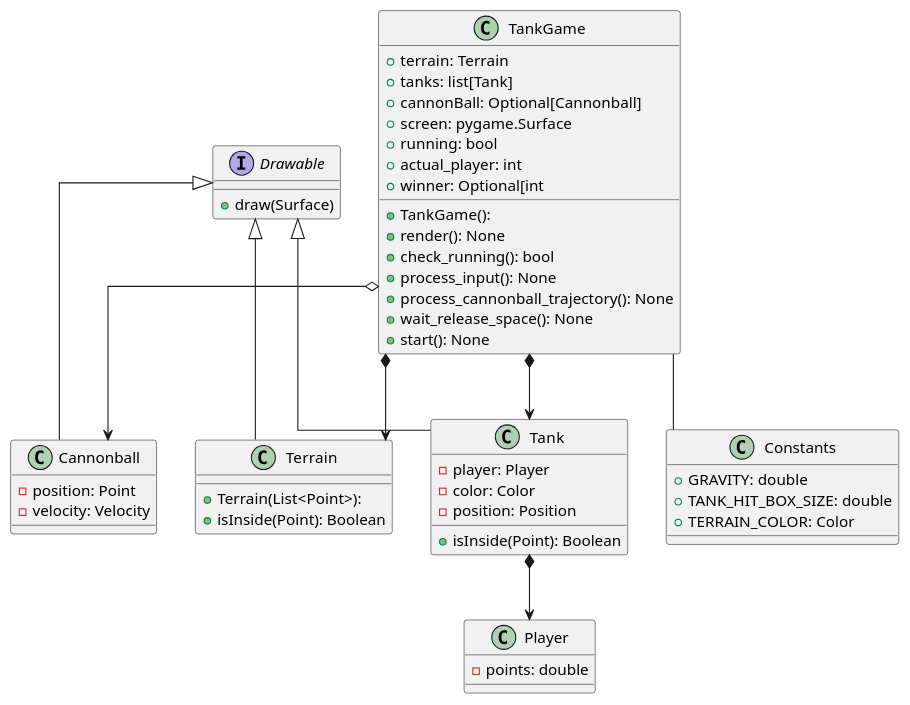
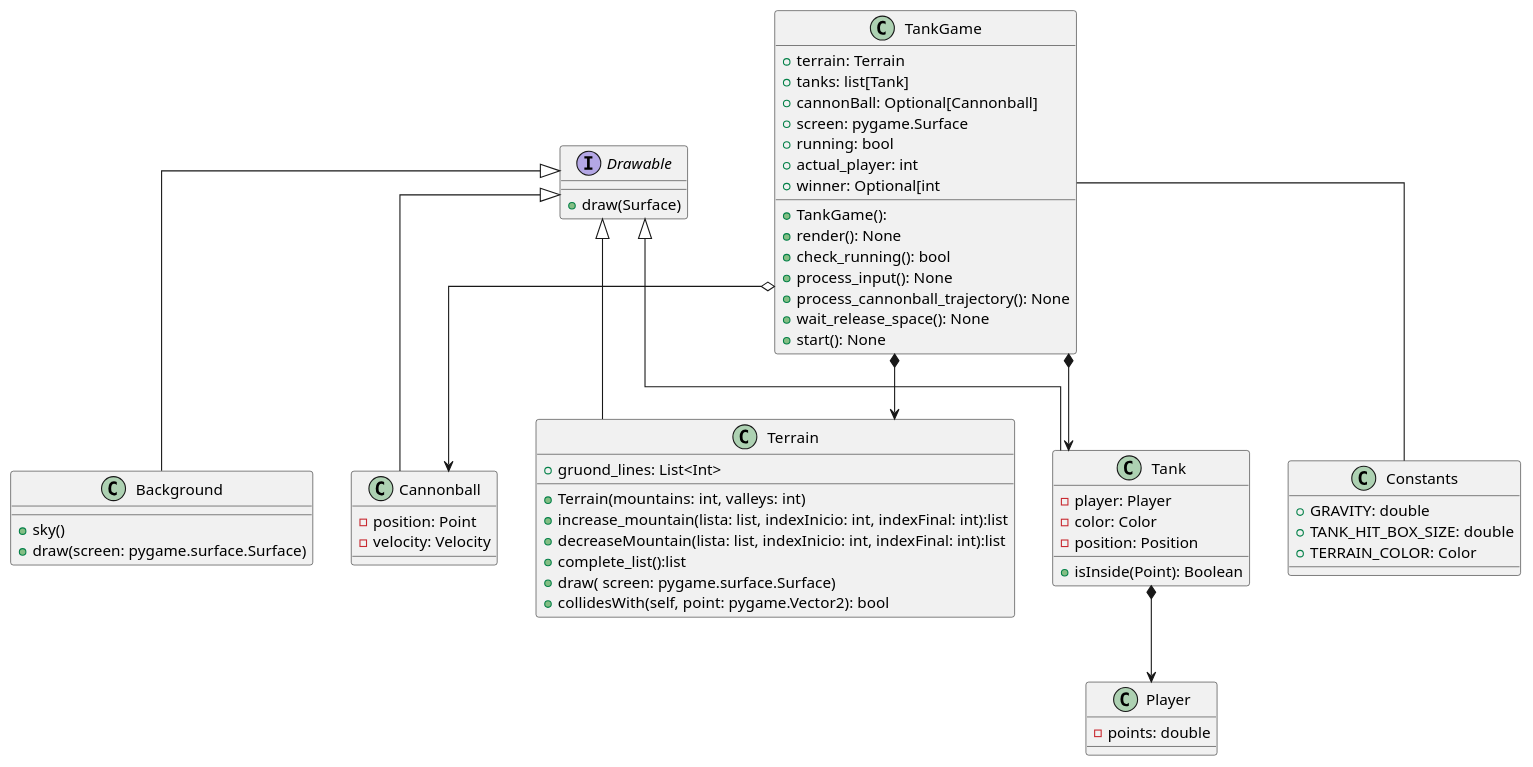
Before and after one commit to fraco-oxza/tankGame: the diagram in uml/entire.plantuml, drawn with PlantUML.

Commit message:
Arreglando el UML

```diff
--- a/uml/entire.plantuml
+++ b/uml/entire.plantuml
@@ -1,64 +1,74 @@
 @startuml
 
 top to bottom direction
 skinparam linetype ortho
 
 ' Fco
 class TankGame {
     + terrain: Terrain
     + tanks: list[Tank]
     + cannonBall: Optional[Cannonball]
     + screen: pygame.Surface
     + running: bool
     + actual_player: int
     + winner: Optional[int
 
     + TankGame():
     + render(): None
     + check_running(): bool
     + process_input(): None
     + process_cannonball_trajectory(): None
     + wait_release_space(): None
     + start(): None
 }
 
 class Cannonball extends Drawable {
     - position: Point
     - velocity: Velocity
 }
 
 interface Drawable {
     + draw(Surface)
 }
+class Background extends Drawable{
+    +sky()
+    +draw(screen: pygame.surface.Surface)
+}
 
 class Terrain extends Drawable {
-    + Terrain(List<Point>):
-    + isInside(Point): Boolean
+    +gruond_lines: List<Int>
+
+    + Terrain(mountains: int, valleys: int)
+    +increase_mountain(lista: list, indexInicio: int, indexFinal: int):list
+    +decreaseMountain(lista: list, indexInicio: int, indexFinal: int):list
+    +complete_list():list
+    +draw( screen: pygame.surface.Surface)
+    +collidesWith(self, point: pygame.Vector2): bool
 }
 
 class Tank extends Drawable {
     - player: Player
     - color: Color
     - position: Position
 
     + isInside(Point): Boolean
 }
 
 class Player {
     - points: double
 }
 
 class Constants {
     + GRAVITY: double
     + TANK_HIT_BOX_SIZE: double
     + TERRAIN_COLOR: Color
 }
 
 TankGame -- Constants
 
 TankGame *--> Tank
 TankGame o--> Cannonball
 TankGame *--> Terrain
 Tank *--> Player
 
 @enduml
```
